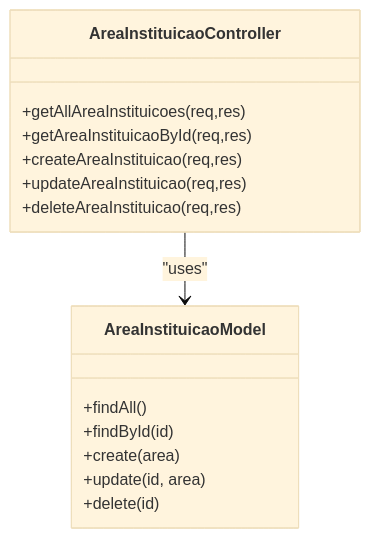
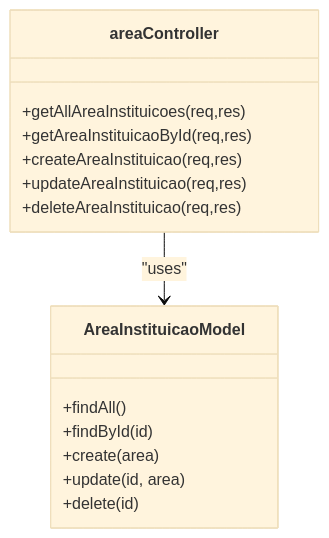
The third of 8 diagrams in .qoder/repowiki/en/content/Data Models & Database Design/Institutional Management Models.md (luiseduacosta/nodemural), drawn with Mermaid (base theme) before and after one commit. The commit also changed other lines of this file and 25 other files, not shown here.

````diff
--- a/.qoder/repowiki/en/content/Data Models & Database Design/Institutional Management Models.md
+++ b/.qoder/repowiki/en/content/Data Models & Database Design/Institutional Management Models.md
@@ -250,18 +250,18 @@
 ```mermaid
 classDiagram
 class AreaInstituicaoModel {
 +findAll()
 +findById(id)
 +create(area)
 +update(id, area)
 +delete(id)
 }
-class AreaInstituicaoController {
+class areaController {
 +getAllAreaInstituicoes(req,res)
 +getAreaInstituicaoById(req,res)
 +createAreaInstituicao(req,res)
 +updateAreaInstituicao(req,res)
 +deleteAreaInstituicao(req,res)
 }
-AreaInstituicaoController --> AreaInstituicaoModel : "uses"
+areaController --> AreaInstituicaoModel : "uses"
 ```
````
